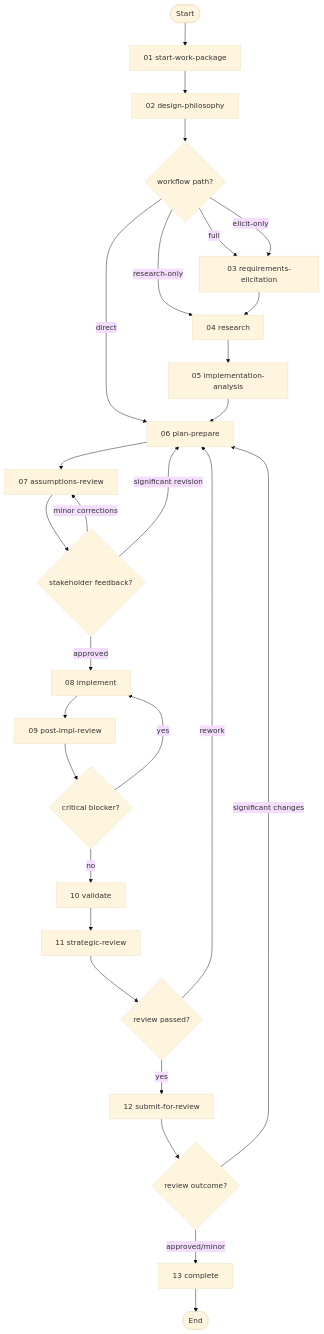
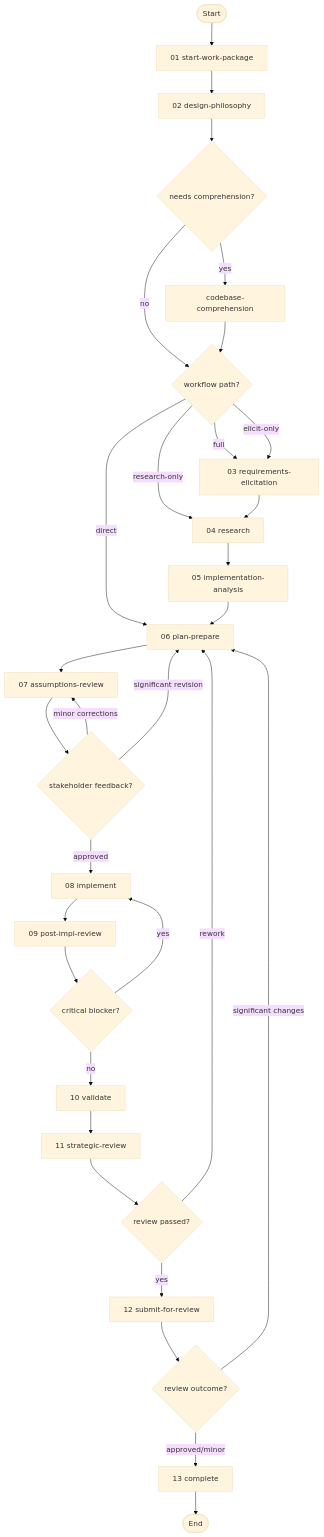
The first of 3 diagrams in work-package/README.md (m2ux/workflow-server), drawn with Mermaid (base theme) before and after one commit. The commit also changed other lines of this file and 3 other files, not shown here.

First line of the commit message:
docs(work-package): update READMEs for codebase-comprehension activity

````diff
--- a/work-package/README.md
+++ b/work-package/README.md
@@ -37,37 +38,41 @@
 ```mermaid
 graph TD
     startNode(["Start"]) --> SWP["01 start-work-package"]
     SWP --> DP["02 design-philosophy"]
 
-    DP --> PATH{"workflow path?"}
+    DP --> COMP_CHK{"needs comprehension?"}
+    COMP_CHK -->|"yes"| CC["codebase-comprehension"]
+    COMP_CHK -->|"no"| PATH
+
+    CC --> PATH{"workflow path?"}
     PATH -->|"full"| REL["03 requirements-elicitation"]
     PATH -->|"elicit-only"| REL
     PATH -->|"research-only"| RS
     PATH -->|"direct"| PP
 
     REL --> RS["04 research"]
     RS --> IA["05 implementation-analysis"]
     IA --> PP["06 plan-prepare"]
 
     PP --> AR["07 assumptions-review"]
     AR --> ARD{"stakeholder feedback?"}
     ARD -->|"approved"| IMP["08 implement"]
     ARD -->|"minor corrections"| AR
     ARD -->|"significant revision"| PP
     IMP --> PIR["09 post-impl-review"]
     PIR --> BLK{"critical blocker?"}
     BLK -->|"yes"| IMP
     BLK -->|"no"| VAL["10 validate"]
 
     VAL --> SR["11 strategic-review"]
 
     SR --> SRD{"review passed?"}
     SRD -->|"yes"| SFR["12 submit-for-review"]
     SRD -->|"rework"| PP
 
     SFR --> RVD{"review outcome?"}
     RVD -->|"approved/minor"| COMP["13 complete"]
     RVD -->|"significant changes"| PP
 
     COMP --> doneNode(["End"])
 ```
````
